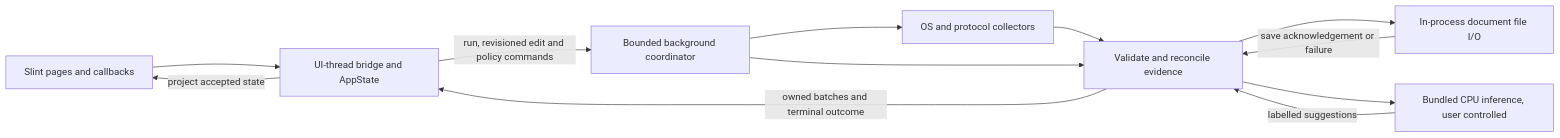
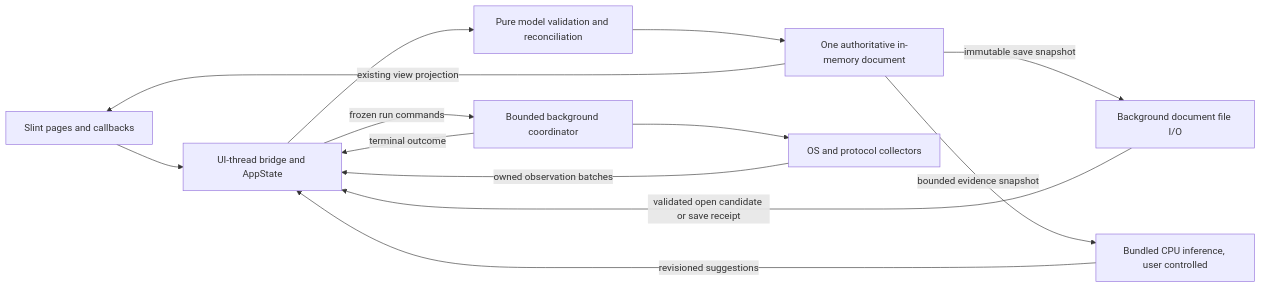
Before and after one commit to macg4dave/Roller_Hopper: the diagram in docs/backend-architecture.md, drawn with Mermaid. The commit also changed other lines of this file and 8 other files, not shown here.

````diff
--- a/docs/backend-architecture.md
+++ b/docs/backend-architecture.md
@@ -18,14 +18,15 @@
 ```mermaid
 flowchart LR
     UI[Slint pages and callbacks] --> B[UI-thread bridge and AppState]
-    B -->|run, revisioned edit and policy commands| W[Bounded background coordinator]
+    B --> R[Pure model validation and reconciliation]
+    R --> D[One authoritative in-memory document]
+    D -->|existing view projection| UI
+    B -->|frozen run commands| W[Bounded background coordinator]
     W --> P[OS and protocol collectors]
-    P --> R[Validate and reconcile evidence]
-    R -->|owned batches and terminal outcome| B
-    B -->|project accepted state| UI
-    R --> S[In-process document file I/O]
-    S -->|save acknowledgement or failure| R
-    W --> R
-    R --> A[Bundled CPU inference, user controlled]
-    A -->|labelled suggestions| R
+    P -->|owned observation batches| B
+    W -->|terminal outcome| B
+    D -->|immutable save snapshot| S[Background document file I/O]
+    S -->|validated open candidate or save receipt| B
+    D -->|bounded evidence snapshot| A[Bundled CPU inference, user controlled]
+    A -->|revisioned suggestions| B
 ```
````
